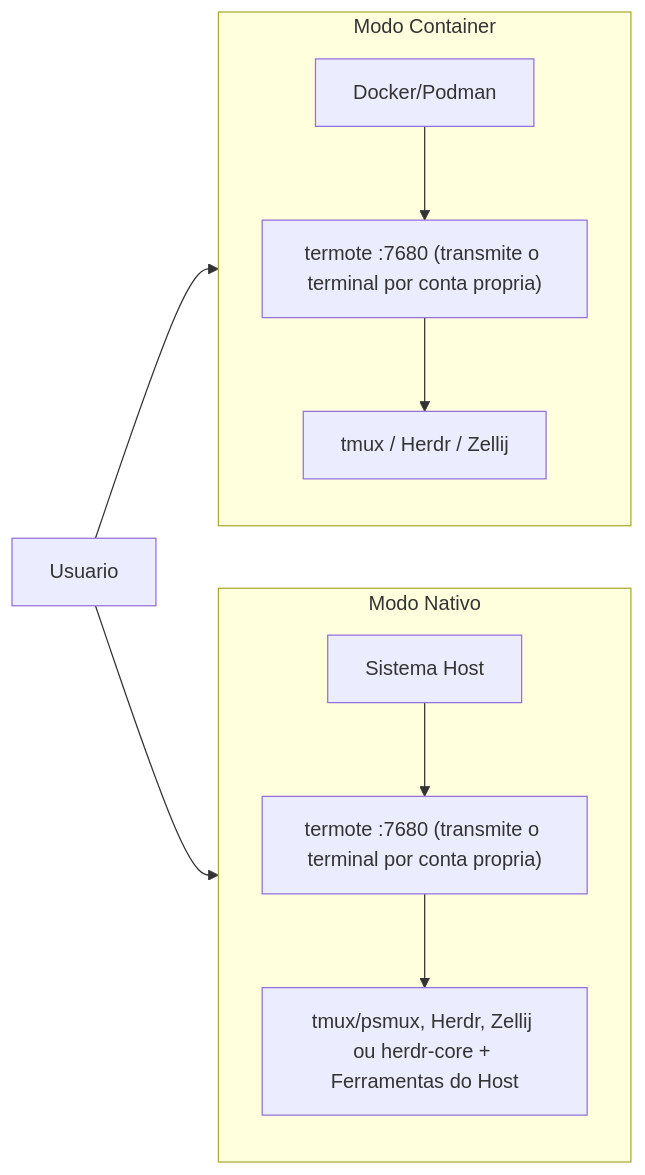
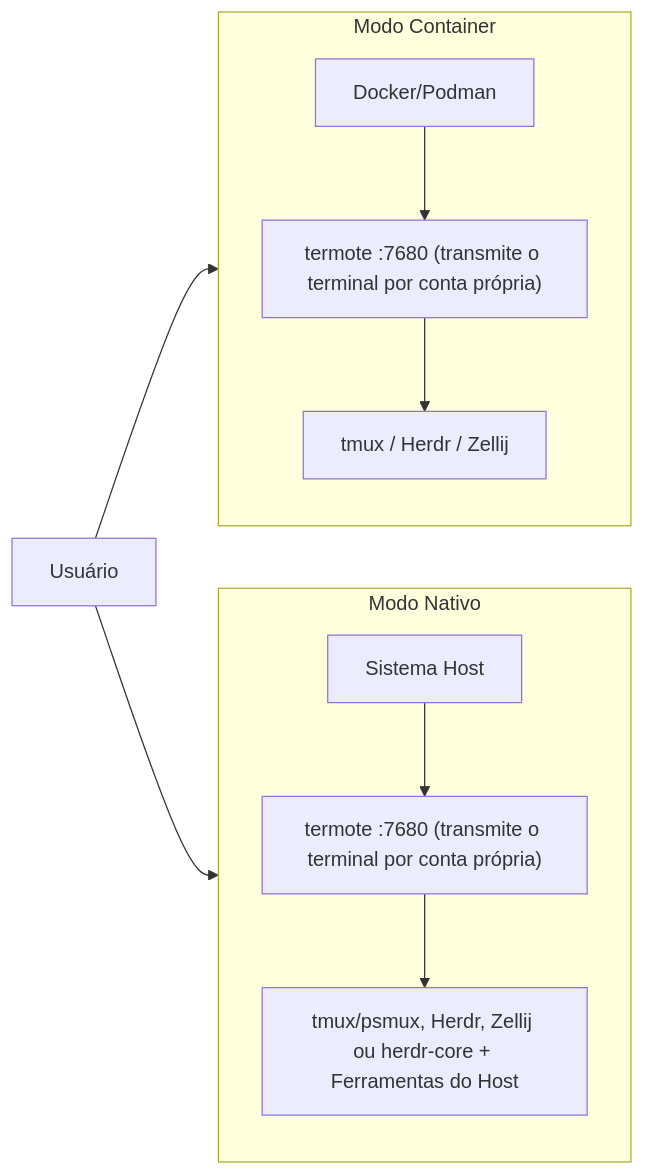
The second of 2 diagrams in README.pt-BR.md (lamngockhuong/termote), drawn with Mermaid before and after one commit. The commit also changed other lines of this file and 1 other file, not shown here.

````diff
--- a/README.pt-BR.md
+++ b/README.pt-BR.md
@@ -274,14 +274,14 @@
 ```mermaid
 flowchart LR
     subgraph Container["Modo Container"]
         direction TB
-        C1["Docker/Podman"] --> C2["termote :7680 (transmite o terminal por conta propria)"] --> C3["tmux / Herdr / Zellij"]
+        C1["Docker/Podman"] --> C2["termote :7680 (transmite o terminal por conta própria)"] --> C3["tmux / Herdr / Zellij"]
     end
 
     subgraph Native["Modo Nativo"]
         direction TB
-        N1["Sistema Host"] --> N2["termote :7680 (transmite o terminal por conta propria)"] --> N3["tmux/psmux, Herdr, Zellij ou herdr-core + Ferramentas do Host"]
+        N1["Sistema Host"] --> N2["termote :7680 (transmite o terminal por conta própria)"] --> N3["tmux/psmux, Herdr, Zellij ou herdr-core + Ferramentas do Host"]
     end
 
-    User["Usuario"] --> Container & Native
+    User["Usuário"] --> Container & Native
 ```
````
